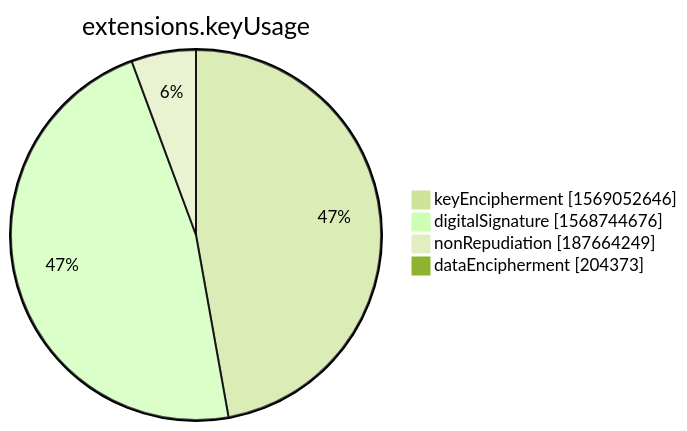
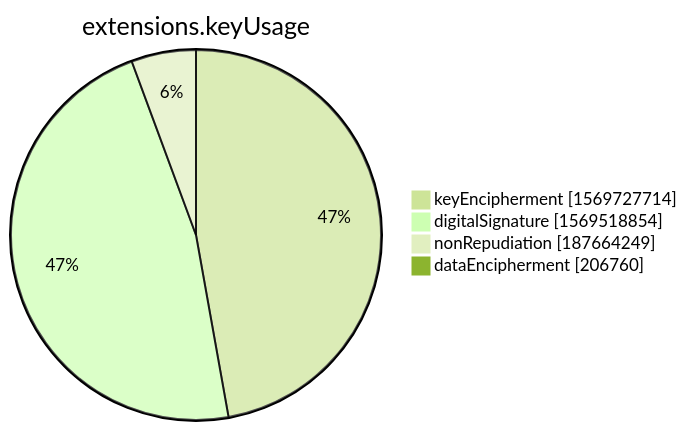
Before and after one commit to christiankrug/ctmonitor_visualization: the seventh of 15 diagrams in xenon2022/README.md, drawn with Mermaid (forest theme). The commit also changed other lines of this file, not shown here.

````diff
--- a/xenon2022/README.md
+++ b/xenon2022/README.md
@@ -2853,8 +2853,8 @@
 ```mermaid
 pie showData
 title extensions.keyUsage
-"keyEncipherment" :1569052646
-"digitalSignature" :1568744676
+"keyEncipherment" :1569727714
+"digitalSignature" :1569518854
 "nonRepudiation" :187664249
-"dataEncipherment" :204373
+"dataEncipherment" :206760
 ```
````
